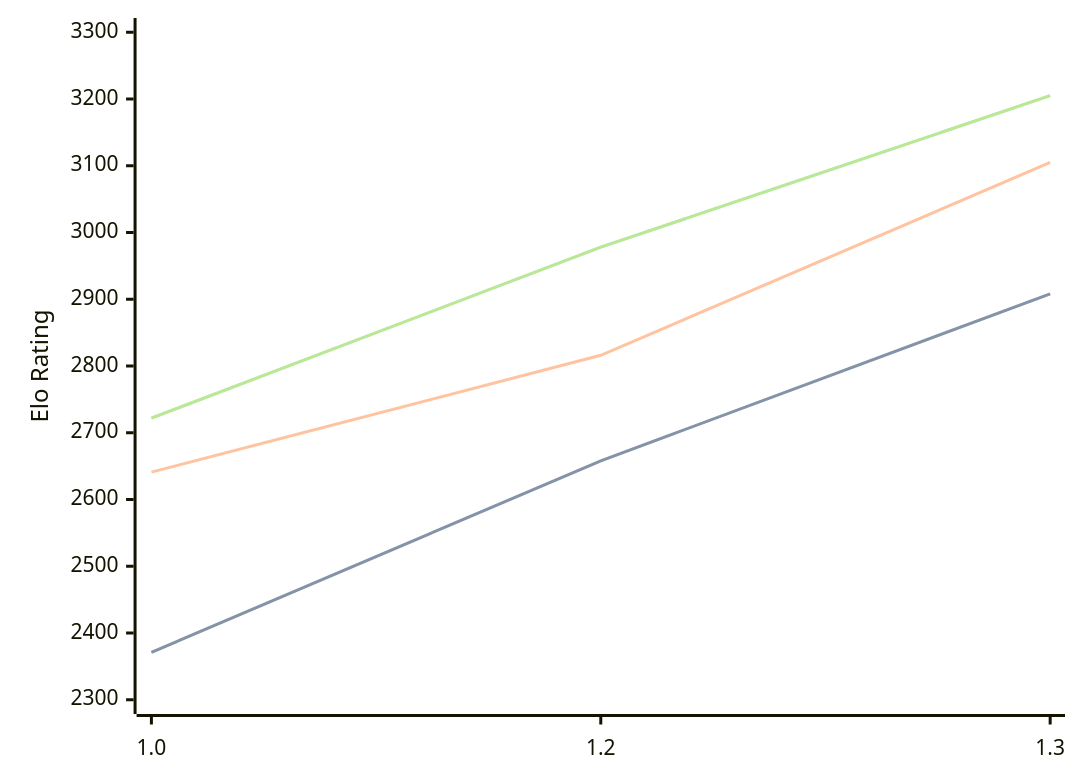
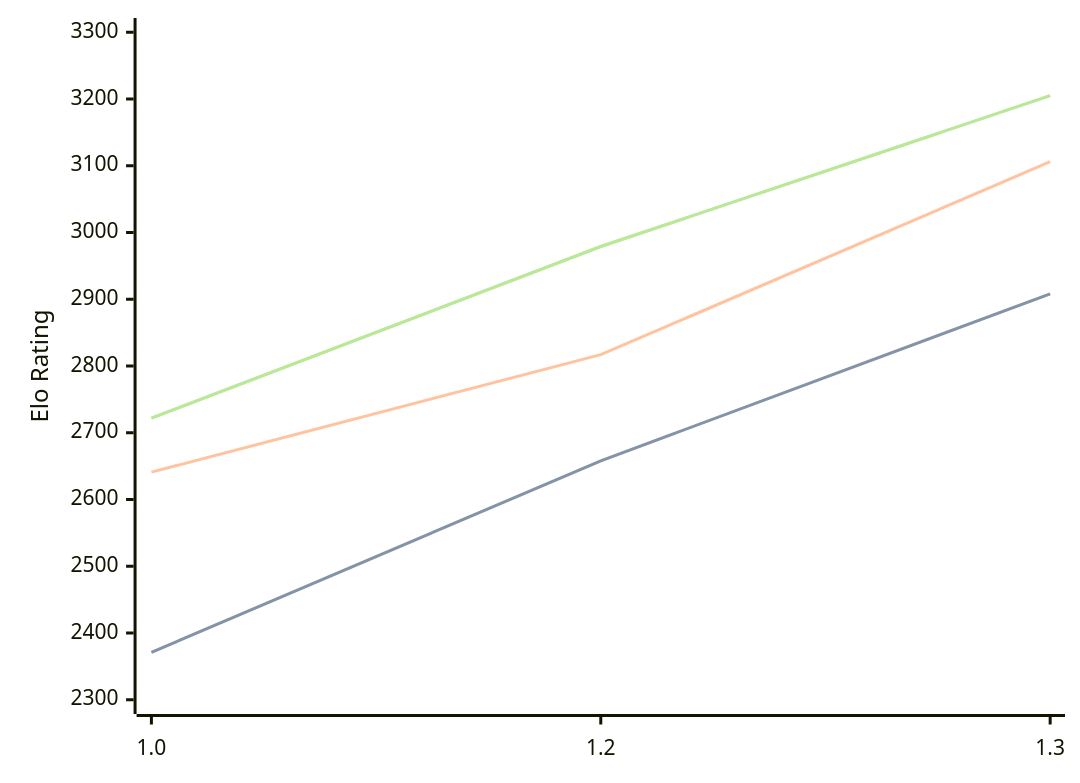
Before and after one commit to computer-chess-index/cci: the diagram in engines/Chessnix.md, drawn with Mermaid. The commit also changed other lines of this file, not shown here.

Commit message:
Update CCI Ratings (ELO VLTC) - 2026-04-22

````diff
--- a/engines/Chessnix.md
+++ b/engines/Chessnix.md
@@ -35,11 +35,11 @@
 ```mermaid
 %%{init: {"theme":"base","themeVariables":{"seriesColors:['#a3a3a3','#222221','#faa371']}}}%%
 xychart-beta
   x-axis ["1.0", "1.2", "1.3"]
   y-axis "Elo Rating" 2300 --> 3300
   line "STC (8.0+0.08s)" [2371, 2658, 2908]
   line "STC (8.0+0.08s)" [2371, 2658, 2908]
-  line "LTC (60.0+0.60s)" [2641, 2816, 3105]
-  line "VLTC (2m24s+1.12s)" [2722, 2978, 3205]
-  line "VLTC (2m24s+1.12s)" [2722, 2978, 3205]
+  line "LTC (60.0+0.60s)" [2641, 2817, 3106]
+  line "VLTC (2m24s+1.12s)" [2722, 2979, 3205]
+  line "VLTC (2m24s+1.12s)" [2722, 2979, 3205]
 ```
````
